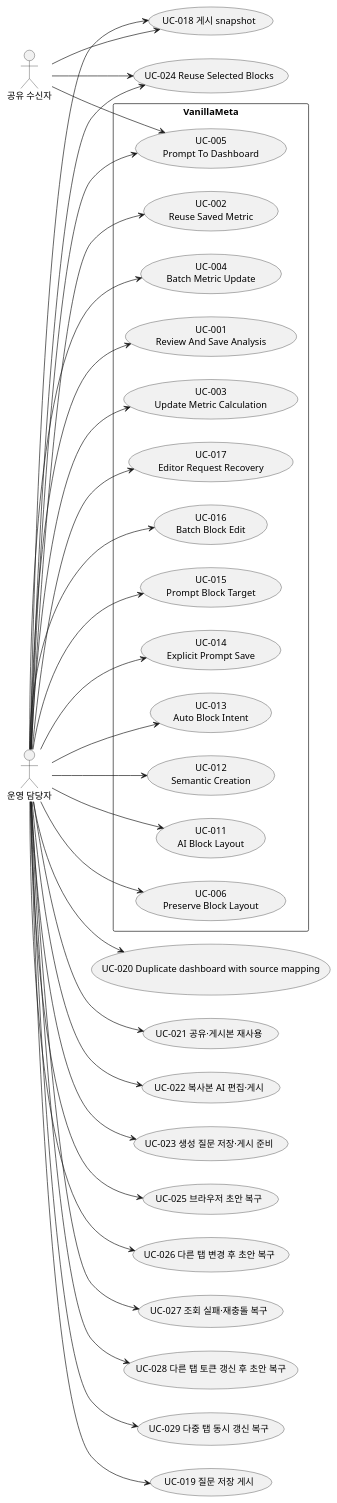
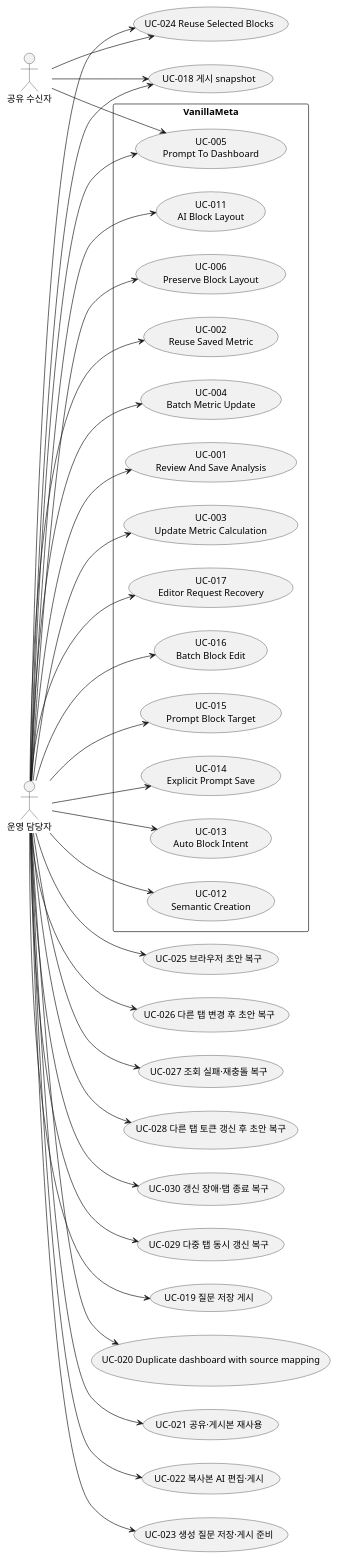
The diagram in docs/use_cases.puml (vanillabrain/vanillameta), drawn with PlantUML before and after one commit. The commit also changed 10 other files, not shown here.

```diff
--- a/docs/use_cases.puml
+++ b/docs/use_cases.puml
@@ -1,60 +1,62 @@
 @startuml
 left to right direction
 actor "운영 담당자" as operator
 rectangle "VanillaMeta" {
  usecase "UC-017\nEditor Request Recovery" as UC017
  usecase "UC-016\nBatch Block Edit" as UC016
  usecase "UC-015\nPrompt Block Target" as UC015
  usecase "UC-014\nExplicit Prompt Save" as UC014
  usecase "UC-013\nAuto Block Intent" as UC013
  usecase "UC-012\nSemantic Creation" as UC012
  usecase "UC-011\nAI Block Layout" as UC011
  usecase "UC-006\nPreserve Block Layout" as UC006
  usecase "UC-005\nPrompt To Dashboard" as UC005
  usecase "UC-004\nBatch Metric Update" as UC004
  usecase "UC-001\nReview And Save Analysis" as UC001
  usecase "UC-003\nUpdate Metric Calculation" as UC003
  usecase "UC-002\nReuse Saved Metric" as UC002
 }
 operator --> UC015
 operator --> UC014
 operator --> UC013
 operator --> UC012
 operator --> UC011
 operator --> UC006
 operator --> UC005
 actor "공유 수신자" as recipient
 recipient --> UC005
 operator --> UC004
 operator --> UC003
 operator --> UC002
 operator --> UC001
 operator --> UC016
 operator --> UC017
 usecase "UC-018 게시 snapshot" as UC018
 operator --> UC018
 recipient --> UC018
 usecase "UC-019 질문 저장 게시" as UC019
 operator --> UC019
 usecase "UC-020 Duplicate dashboard with source mapping" as UC020
 operator --> UC020
 usecase "UC-021 공유·게시본 재사용" as UC021
 operator --> UC021
 usecase "UC-022 복사본 AI 편집·게시" as UC022
 operator --> UC022
 usecase "UC-023 생성 질문 저장·게시 준비" as UC023
 operator --> UC023
 usecase "UC-024 Reuse Selected Blocks" as UC024
 operator --> UC024
 recipient --> UC024
 usecase "UC-025 브라우저 초안 복구" as UC025
 operator --> UC025
 usecase "UC-026 다른 탭 변경 후 초안 복구" as UC026
 operator --> UC026
 usecase "UC-027 조회 실패·재충돌 복구" as UC027
 operator --> UC027
 usecase "UC-028 다른 탭 토큰 갱신 후 초안 복구" as UC028
 operator --> UC028
+usecase "UC-030 갱신 장애·탭 종료 복구" as UC030
 usecase "UC-029 다중 탭 동시 갱신 복구" as UC029
 operator --> UC029
+operator --> UC030
 @enduml
```
